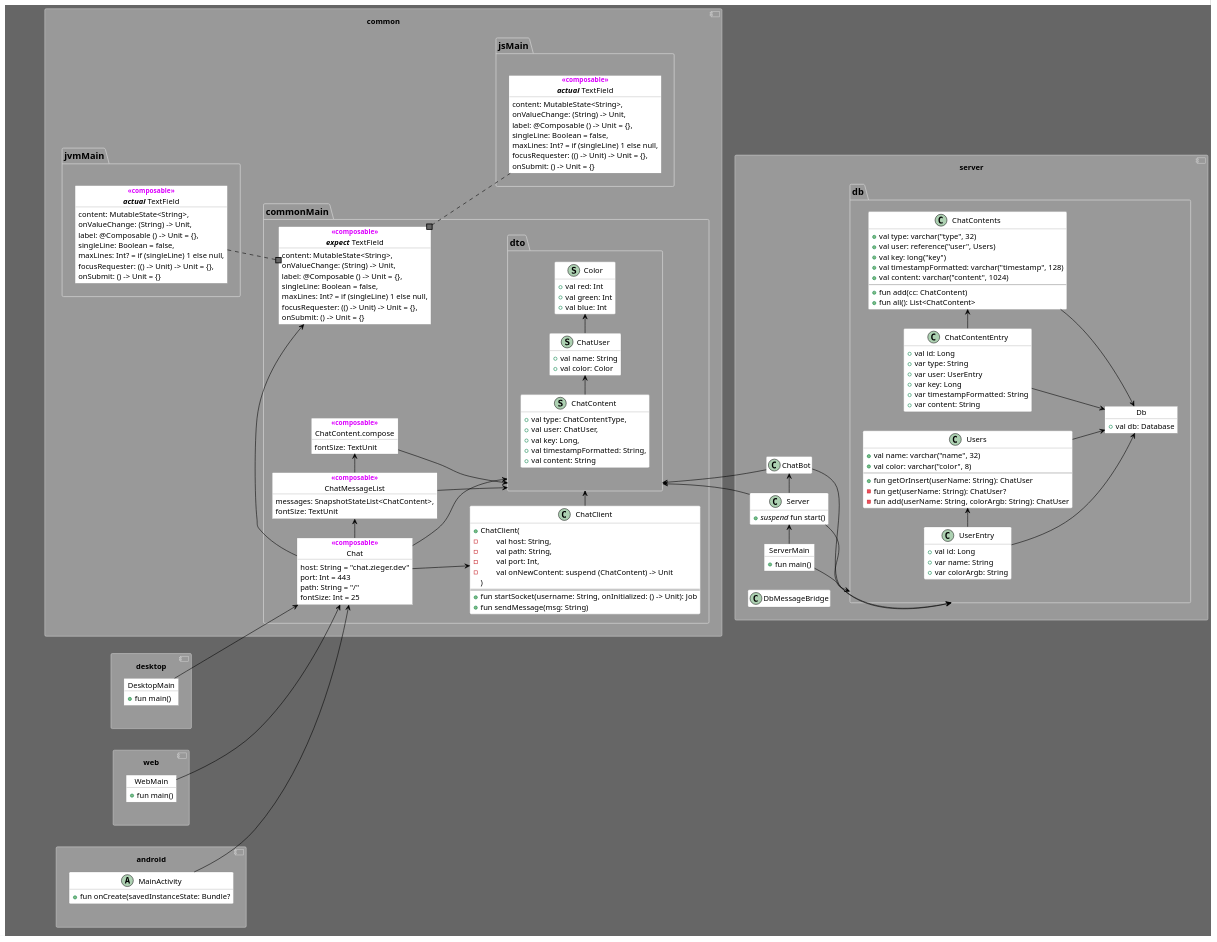
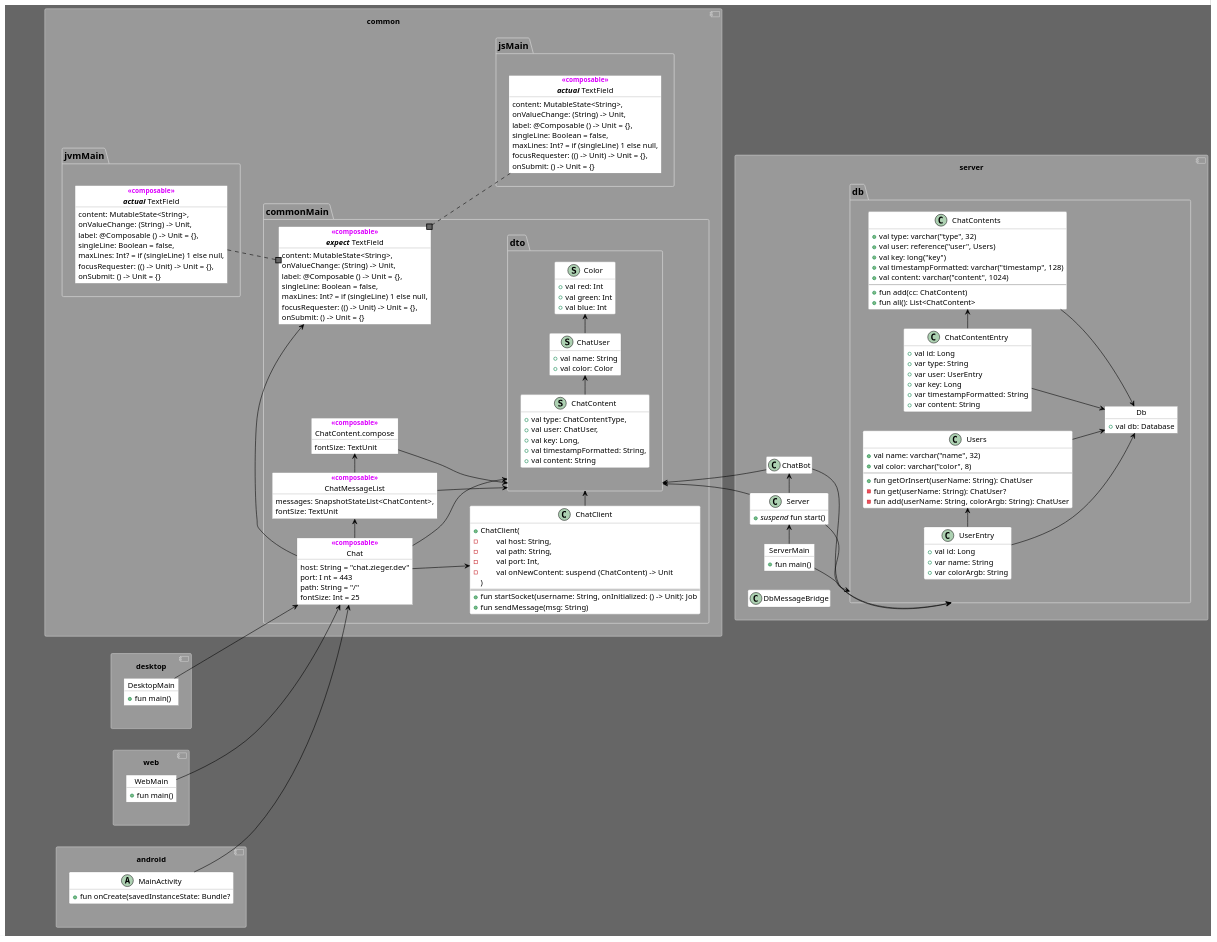
Before and after one commit to SaschaZ/KotlinMpChatDemo: the diagram in doc/puml/Classes.puml, drawn with PlantUML. The commit also changed 13 other files, not shown here.

```diff
--- a/doc/puml/Classes.puml
+++ b/doc/puml/Classes.puml
@@ -113,7 +113,7 @@
 
         object Chat <<composable>> {
             host: String = "chat.zieger.dev"
-            port: Int = 443
+            port: I nt = 443
             path: String = "/"
             fontSize: Int = 25
         }
```
